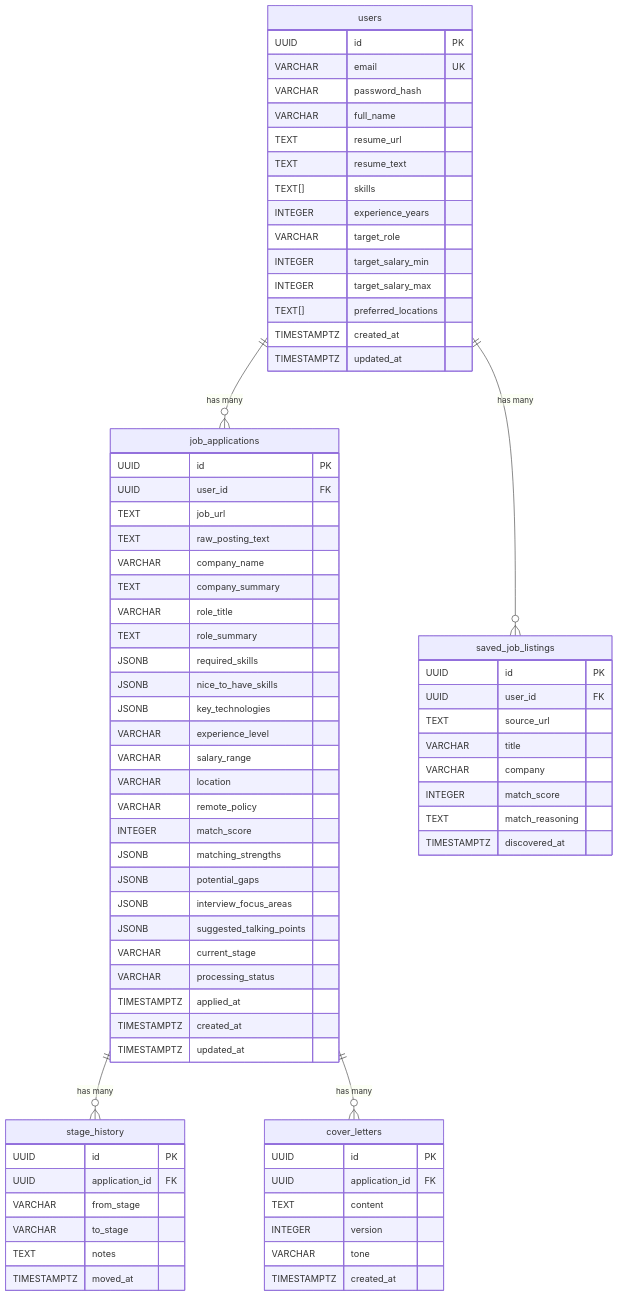
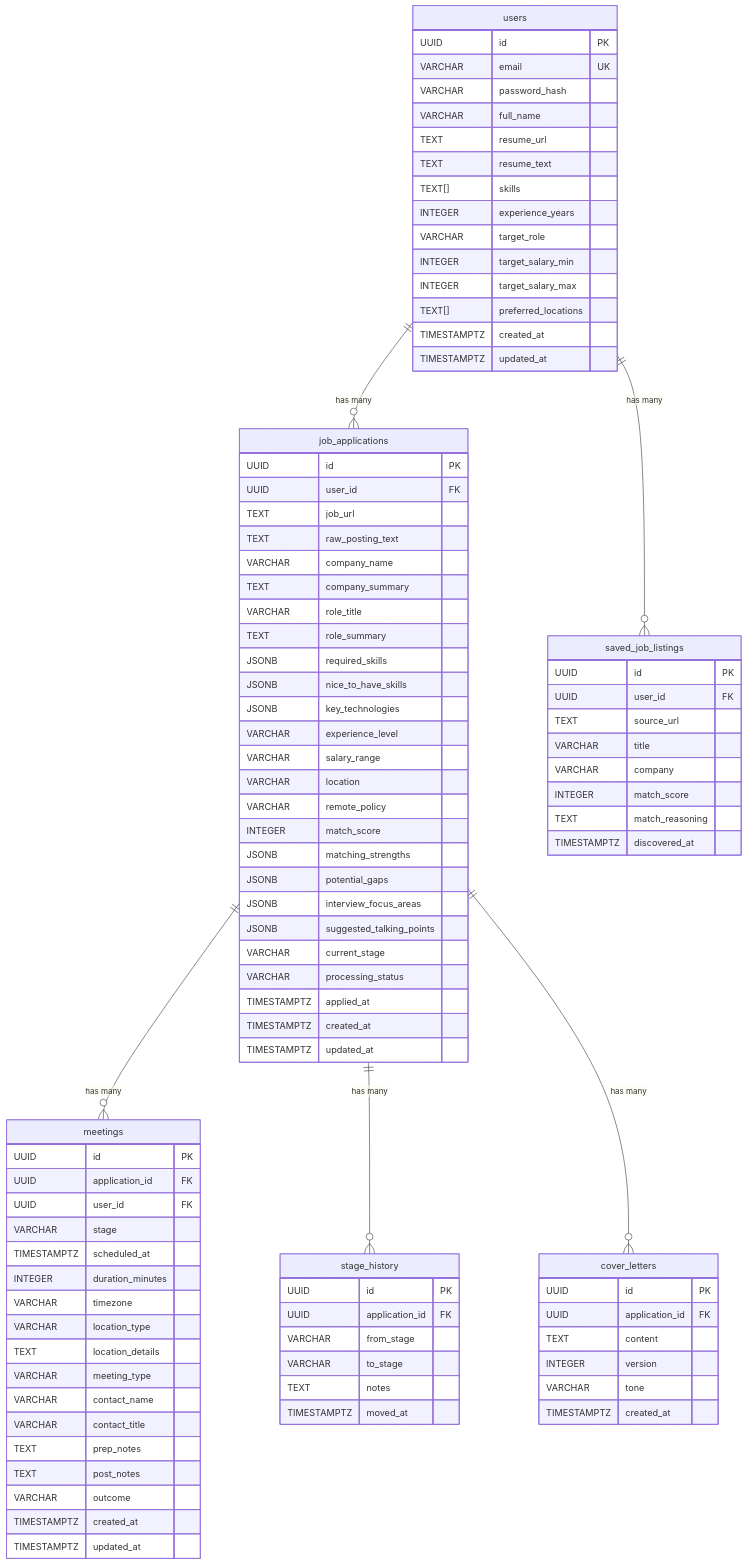
Before and after one commit to alissacrane123/rolepilot-backend: the diagram in README.md, drawn with Mermaid. The commit also changed other lines of this file and 6 other files, not shown here.

```diff
--- a/README.md
+++ b/README.md
@@ -186,6 +198,28 @@
         TIMESTAMPTZ discovered_at
     }
 
+    meetings {
+        UUID id PK
+        UUID application_id FK
+        UUID user_id FK
+        VARCHAR stage
+        TIMESTAMPTZ scheduled_at
+        INTEGER duration_minutes
+        VARCHAR timezone
+        VARCHAR location_type
+        TEXT location_details
+        VARCHAR meeting_type
+        VARCHAR contact_name
+        VARCHAR contact_title
+        TEXT prep_notes
+        TEXT post_notes
+        VARCHAR outcome
+        TIMESTAMPTZ created_at
+        TIMESTAMPTZ updated_at
+    }
+
+    job_applications ||--o{ meetings : "has many"
+
     users ||--o{ job_applications : "has many"
     users ||--o{ saved_job_listings : "has many"
     job_applications ||--o{ stage_history : "has many"
```
